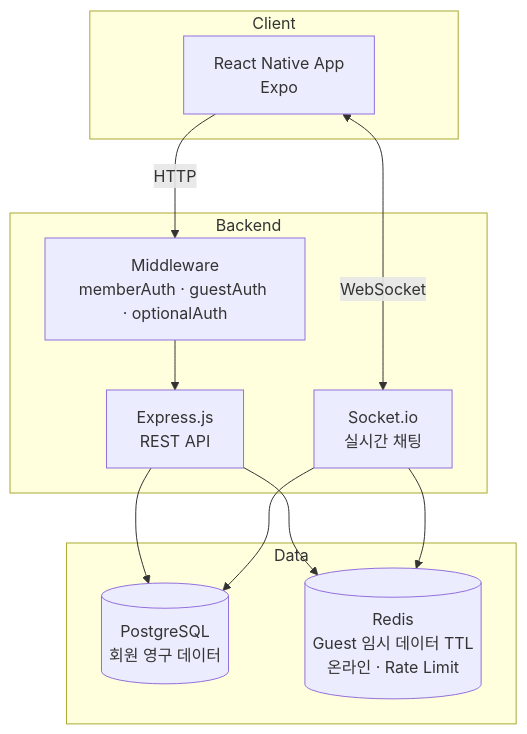
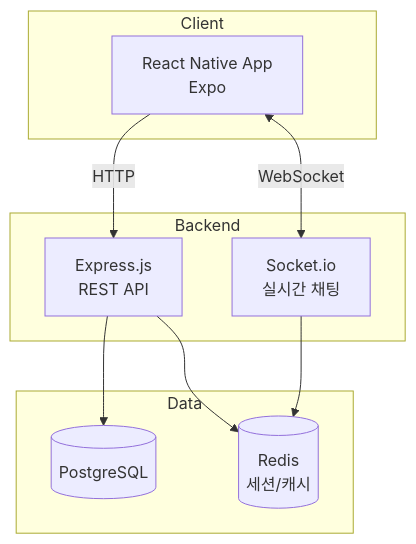
The first of 3 diagrams in README.md (heejung72/Orbit), drawn with Mermaid before and after one commit. The commit also changed other lines of this file and 17 other files, not shown here.

````diff
--- a/README.md
+++ b/README.md
@@ -51,25 +17,22 @@
 ```mermaid
 graph TB
     subgraph Client
         APP[React Native App<br/>Expo]
     end
 
     subgraph Backend
-        MW[Middleware<br/>memberAuth · guestAuth · optionalAuth]
         API[Express.js<br/>REST API]
         WS[Socket.io<br/>실시간 채팅]
     end
 
     subgraph Data
-        PG[(PostgreSQL<br/>회원 영구 데이터)]
-        RD[(Redis<br/>Guest 임시 데이터 TTL<br/>온라인 · Rate Limit)]
+        PG[(PostgreSQL)]
+        RD[(Redis<br/>세션/캐시)]
     end
 
-    APP -->|HTTP| MW
-    MW --> API
+    APP -->|HTTP| API
     APP <-->|WebSocket| WS
     API --> PG
     API --> RD
-    WS --> PG
     WS --> RD
 ```
````
